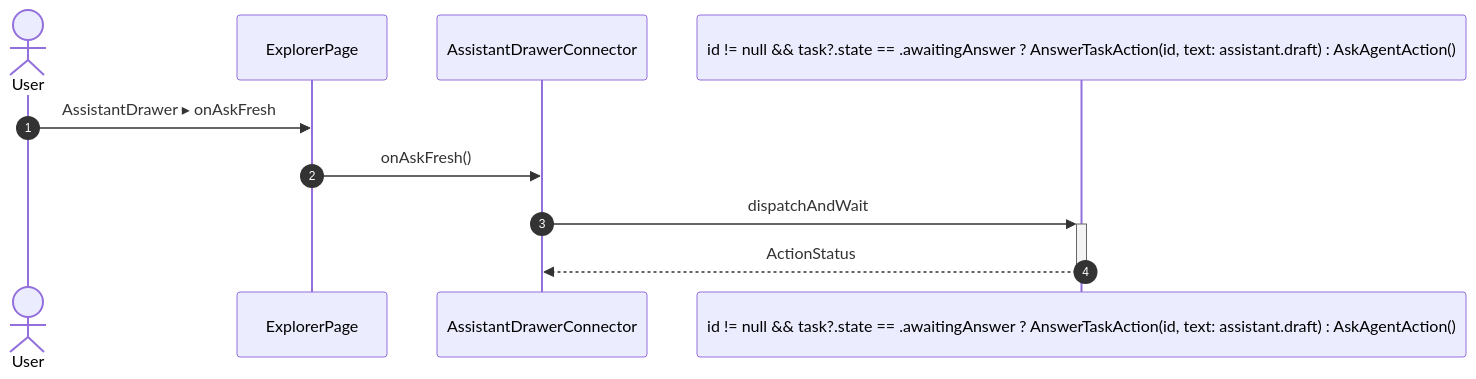
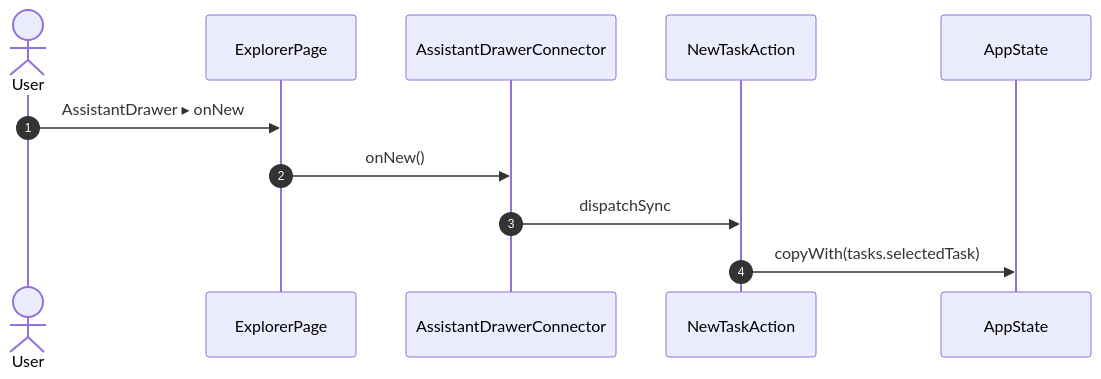
Before and after one commit to gencto/wyrm: diagram 51 of 55 in studio/docs/flows/explorer.md, drawn with Mermaid. The commit also changed other lines of this file and 94 other files, not shown here.

First line of the commit message:
studio: assistant: typed wire, words in ui, one action per intent

````diff
--- a/studio/docs/flows/explorer.md
+++ b/studio/docs/flows/explorer.md
@@ -1065,13 +963,14 @@
 ```mermaid
 sequenceDiagram
     autonumber
     actor User
     participant UI as ExplorerPage
     participant R1 as AssistantDrawerConnector
-    participant A1 as id != null && task?.state == .awaitingAnswer ? AnswerTaskAction(id, text: assistant.draft) : AskAgentAction()
+    participant A1 as NewTaskAction
+    participant ST as AppState
 
-    User->>UI: AssistantDrawer ▸ onAskFresh
-    UI->>R1: onAskFresh()
-    R1->>+A1: dispatchAndWait
-    A1-->>-R1: ActionStatus
+    User->>UI: AssistantDrawer ▸ onNew
+    UI->>R1: onNew()
+    R1->>A1: dispatchSync
+    A1->>ST: copyWith(tasks.selectedTask)
 ```
````
